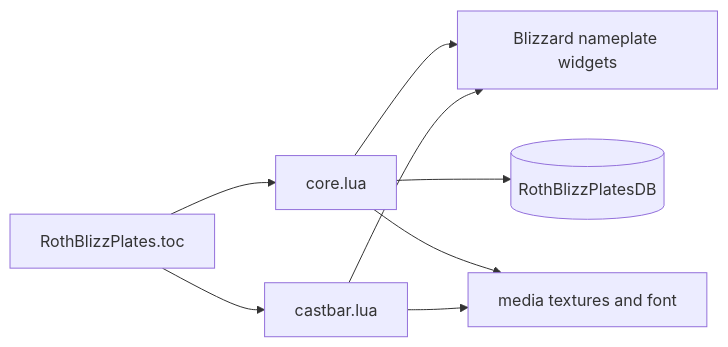
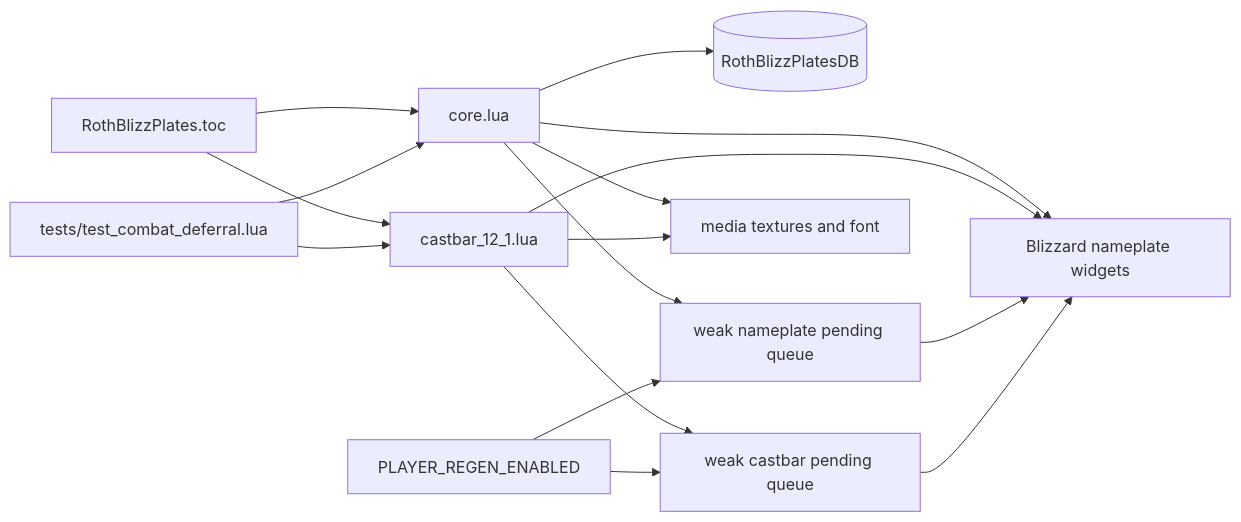
One commit to UnknownAlienHuman/roth-blizz-plates changed the diagram in CODE_GRAPH.md. Above: the diagram before and after it, drawn with Mermaid. The commit also changed other lines of this file, not shown here.

Commit message:
docs: update the Retail 12.1 code graph

````diff
--- a/CODE_GRAPH.md
+++ b/CODE_GRAPH.md
@@ -3,10 +3,18 @@
 ```mermaid
 flowchart LR
   T["RothBlizzPlates.toc"] --> C["core.lua"]
+  T --> B["castbar_12_1.lua"]
+  C --> DB[("RothBlizzPlatesDB")]
   C --> N["Blizzard nameplate widgets"]
-  C --> DB[("RothBlizzPlatesDB")]
-  T --> B["castbar.lua"]
   B --> N
-  C --> A["media textures and font"]
-  B --> A
+  C --> QN["weak nameplate pending queue"]
+  B --> QB["weak castbar pending queue"]
+  R["PLAYER_REGEN_ENABLED"] --> QN
+  R --> QB
+  QN --> N
+  QB --> N
+  C --> M["media textures and font"]
+  B --> M
+  X["tests/test_combat_deferral.lua"] --> C
+  X --> B
 ```
````
